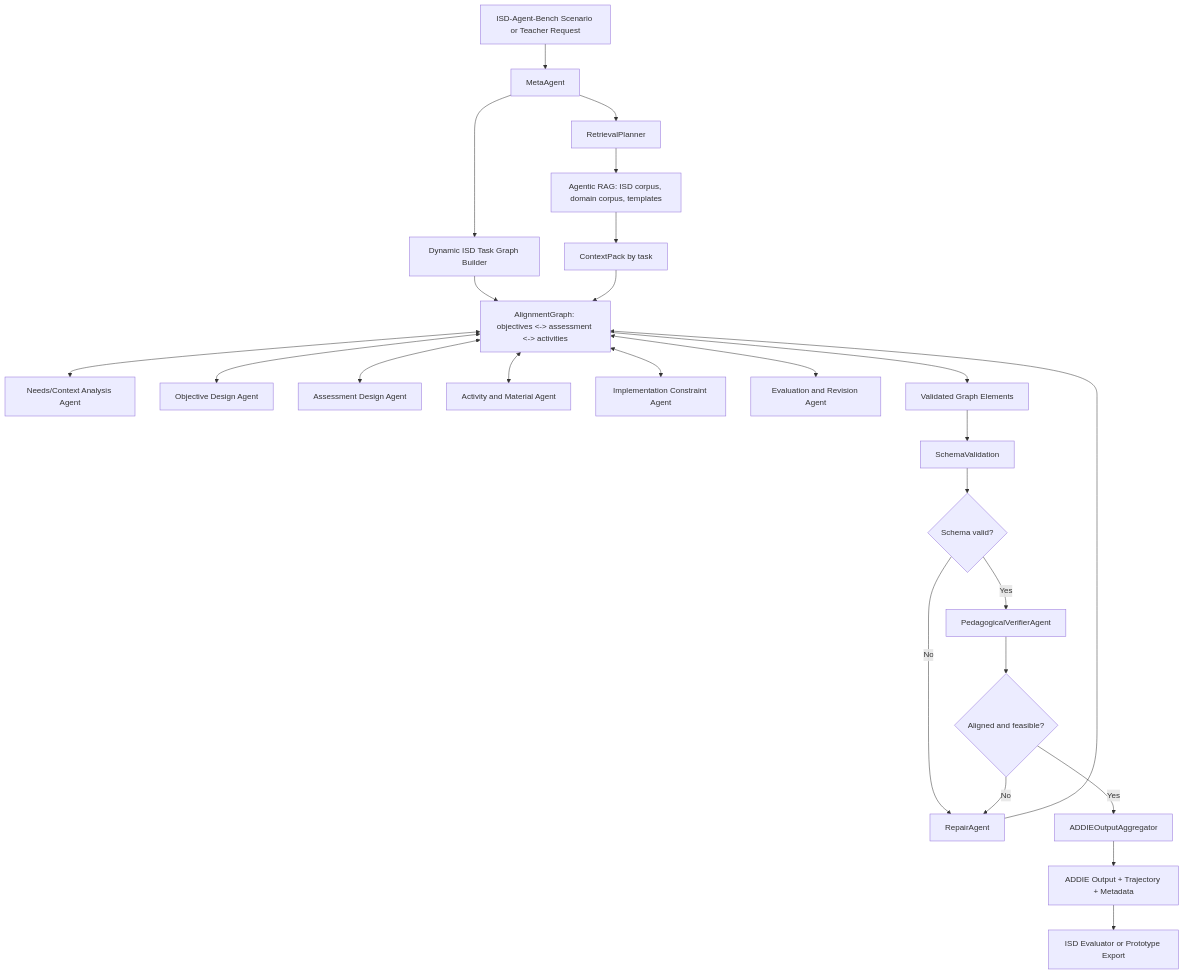
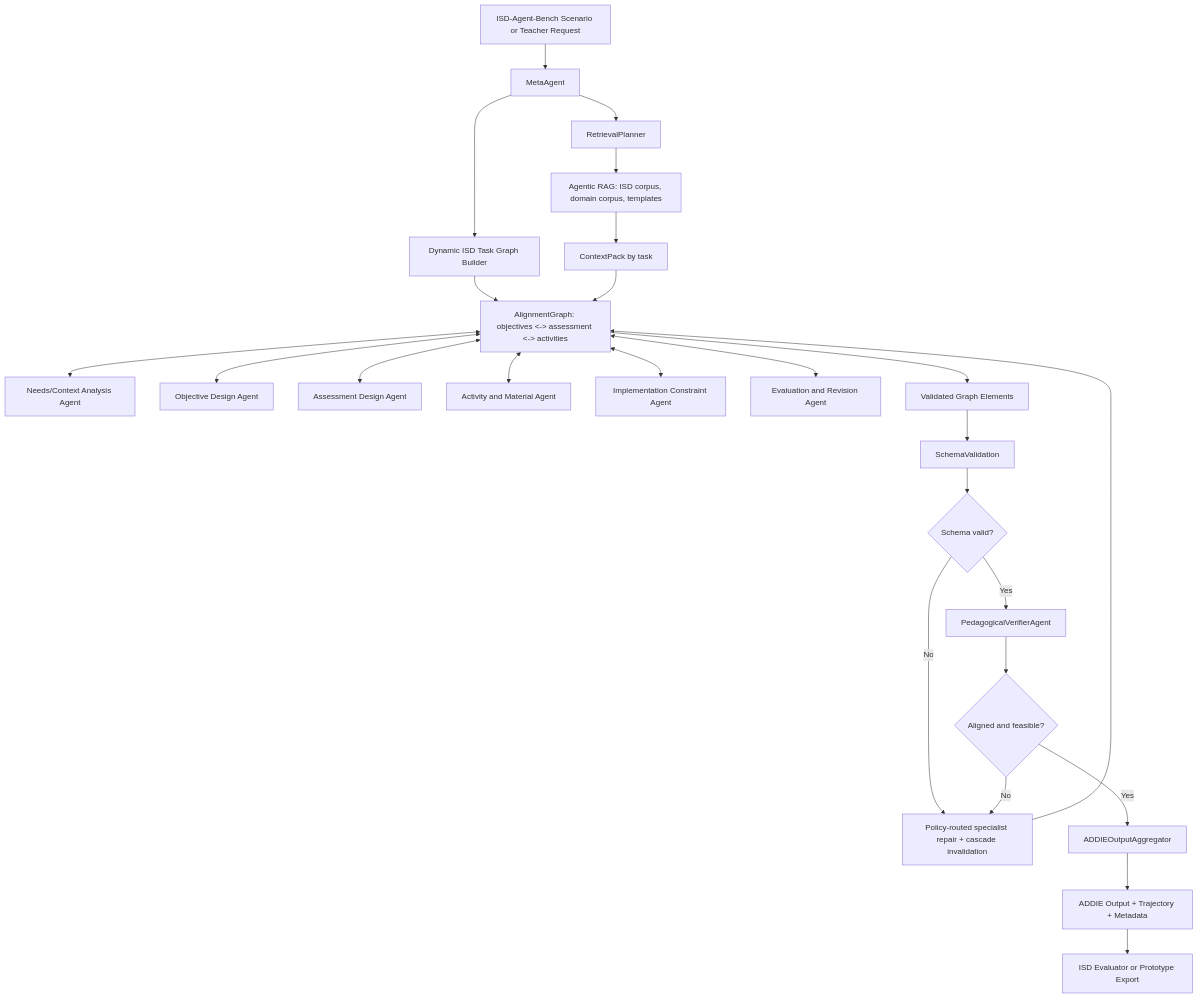
One commit to phuongbv00/alignmentgraph-isd changed the diagram in docs/proposal.md. Above: the diagram before and after it, drawn with Mermaid. The commit also changed other lines of this file and 15 other files, not shown here.

Commit message:
Refactor repair mechanism to utilize specialist agents for targeted repairs and cascade invalidation

````diff
--- a/docs/proposal.md
+++ b/docs/proposal.md
@@ -92,29 +92,29 @@
 ```mermaid
 flowchart TD
     A["ISD-Agent-Bench Scenario or Teacher Request"] --> B["MetaAgent"]
     B --> C["Dynamic ISD Task Graph Builder"]
     B --> D["RetrievalPlanner"]
     D --> E["Agentic RAG: ISD corpus, domain corpus, templates"]
     E --> F["ContextPack by task"]
 
     C --> G["AlignmentGraph: objectives <-> assessment <-> activities"]
     F --> G
     G <--> H["Needs/Context Analysis Agent"]
     G <--> I["Objective Design Agent"]
     G <--> J["Assessment Design Agent"]
     G <--> K["Activity and Material Agent"]
     G <--> L["Implementation Constraint Agent"]
     G <--> M["Evaluation and Revision Agent"]
 
     G --> N["Validated Graph Elements"]
     N --> O["SchemaValidation"]
     O --> P{"Schema valid?"}
-    P -- "No" --> Q["RepairAgent"]
+    P -- "No" --> Q["Policy-routed specialist repair + cascade invalidation"]
     Q --> G
     P -- "Yes" --> R["PedagogicalVerifierAgent"]
     R --> S{"Aligned and feasible?"}
     S -- "No" --> Q
     S -- "Yes" --> T["ADDIEOutputAggregator"]
     T --> U["ADDIE Output + Trajectory + Metadata"]
     U --> V["ISD Evaluator or Prototype Export"]
 ```
````
